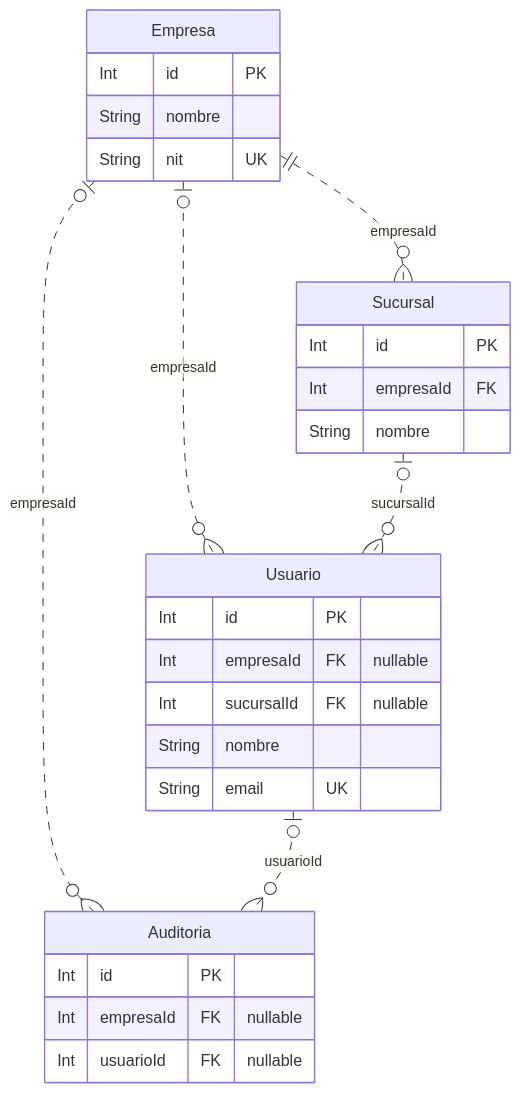
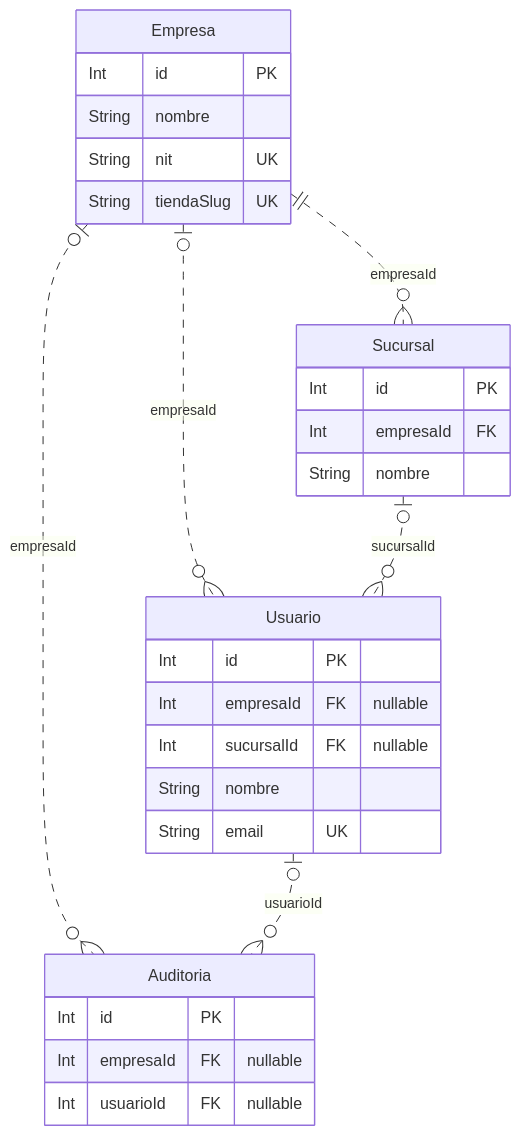
Before and after one commit to StivenR1128/PowerPos-Pioneers: the first of 7 diagrams in docs/05-modelo-de-datos.md, drawn with Mermaid. The commit also changed other lines of this file and 39 other files, not shown here.

````diff
--- a/docs/05-modelo-de-datos.md
+++ b/docs/05-modelo-de-datos.md
@@ -15,30 +15,31 @@
 ```mermaid
 erDiagram
   Empresa {
     Int id PK
     String nombre
     String nit UK
+    String tiendaSlug UK
   }
   Sucursal {
     Int id PK
     Int empresaId FK
     String nombre
   }
   Usuario {
     Int id PK
     Int empresaId FK "nullable"
     Int sucursalId FK "nullable"
     String nombre
     String email UK
   }
   Auditoria {
     Int id PK
     Int empresaId FK "nullable"
     Int usuarioId FK "nullable"
   }
   Empresa ||..o{ Sucursal : "empresaId"
   Empresa |o..o{ Usuario : "empresaId"
   Sucursal |o..o{ Usuario : "sucursalId"
   Empresa |o..o{ Auditoria : "empresaId"
   Usuario |o..o{ Auditoria : "usuarioId"
 ```
````
